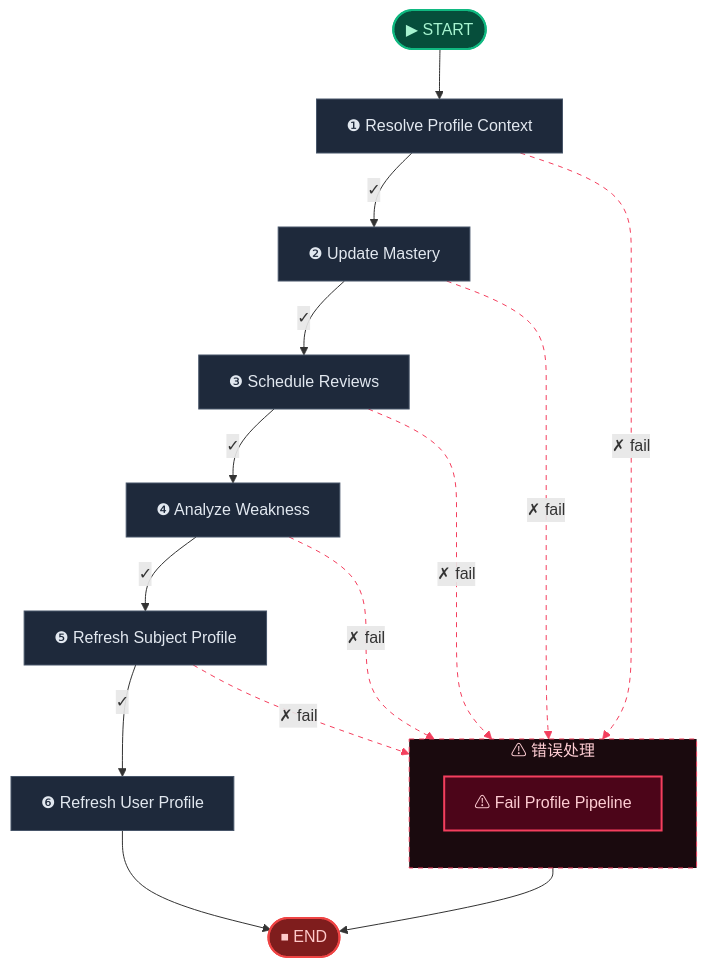
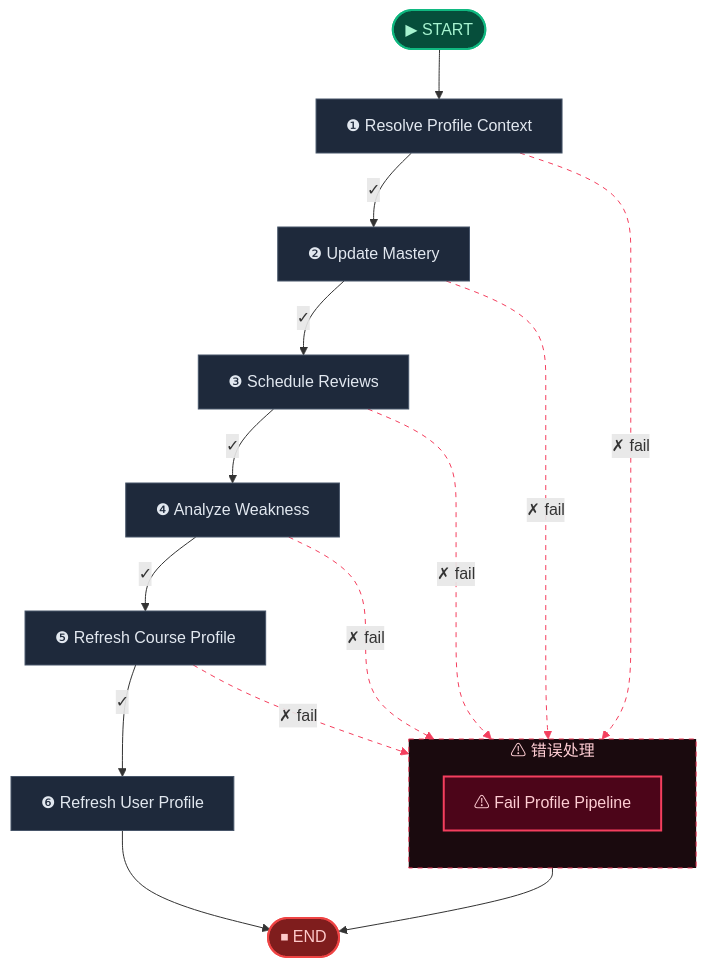
Before and after one commit to aiteachme/AITeachMe: the first of 2 diagrams in backend/scripts/.generated_workflow_diagrams/profile.md, drawn with Mermaid. The commit also changed other lines of this file and 678 other files, not shown here.

````diff
--- a/backend/scripts/.generated_workflow_diagrams/profile.md
+++ b/backend/scripts/.generated_workflow_diagrams/profile.md
@@ -18,42 +18,42 @@
 ```mermaid
 flowchart TD
     __start__(["▶ START"])
     resolve_profile_context["❶ Resolve Profile Context"]
     update_mastery["❷ Update Mastery"]
     schedule_reviews["❸ Schedule Reviews"]
     analyze_weakness["❹ Analyze Weakness"]
-    refresh_subject_profile["❺ Refresh Subject Profile"]
+    refresh_course_profile["❺ Refresh Course Profile"]
     refresh_user_profile["❻ Refresh User Profile"]
     __end__(["⏹ END"])
 
     subgraph error_zone ["⚠ 错误处理"]
     direction TB
         fail_profile_pipeline["⚠ Fail Profile Pipeline"]
     end
 
     __start__ --> resolve_profile_context
     analyze_weakness -. "✗ fail" .-> fail_profile_pipeline
-    analyze_weakness -->|"✓"| refresh_subject_profile
-    refresh_subject_profile -. "✗ fail" .-> fail_profile_pipeline
-    refresh_subject_profile -->|"✓"| refresh_user_profile
+    analyze_weakness -->|"✓"| refresh_course_profile
+    refresh_course_profile -. "✗ fail" .-> fail_profile_pipeline
+    refresh_course_profile -->|"✓"| refresh_user_profile
     resolve_profile_context -. "✗ fail" .-> fail_profile_pipeline
     resolve_profile_context -->|"✓"| update_mastery
     schedule_reviews -->|"✓"| analyze_weakness
     schedule_reviews -. "✗ fail" .-> fail_profile_pipeline
     update_mastery -. "✗ fail" .-> fail_profile_pipeline
     update_mastery -->|"✓"| schedule_reviews
     fail_profile_pipeline --> __end__
     refresh_user_profile --> __end__
 
     %% ── Styling ──
     classDef startCls fill:#064e3b,stroke:#10b981,stroke-width:2px,color:#a7f3d0
     classDef endCls fill:#7f1d1d,stroke:#ef4444,stroke-width:2px,color:#fecaca
     classDef failCls fill:#4c0519,stroke:#f43f5e,stroke-width:2px,color:#fecdd3
     classDef termCls fill:#1e3a5f,stroke:#3b82f6,stroke-width:2px,color:#93c5fd
     classDef default fill:#1e293b,stroke:#475569,stroke-width:1px,color:#e2e8f0
     style error_zone fill:#1a0a0e,stroke:#f43f5e,stroke-width:1px,color:#fecdd3,stroke-dasharray:5
     class __start__ startCls
     class fail_profile_pipeline failCls
     class __end__ endCls
     linkStyle 1,3,5,8,9 stroke:#f43f5e,stroke-dasharray:5
 ```
````
